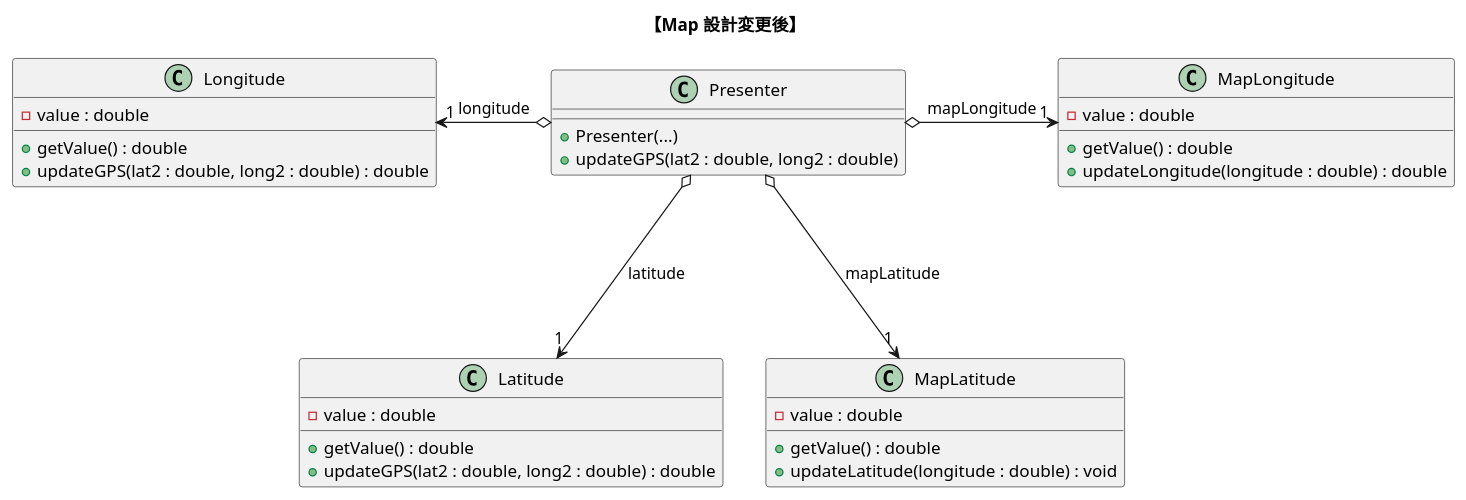
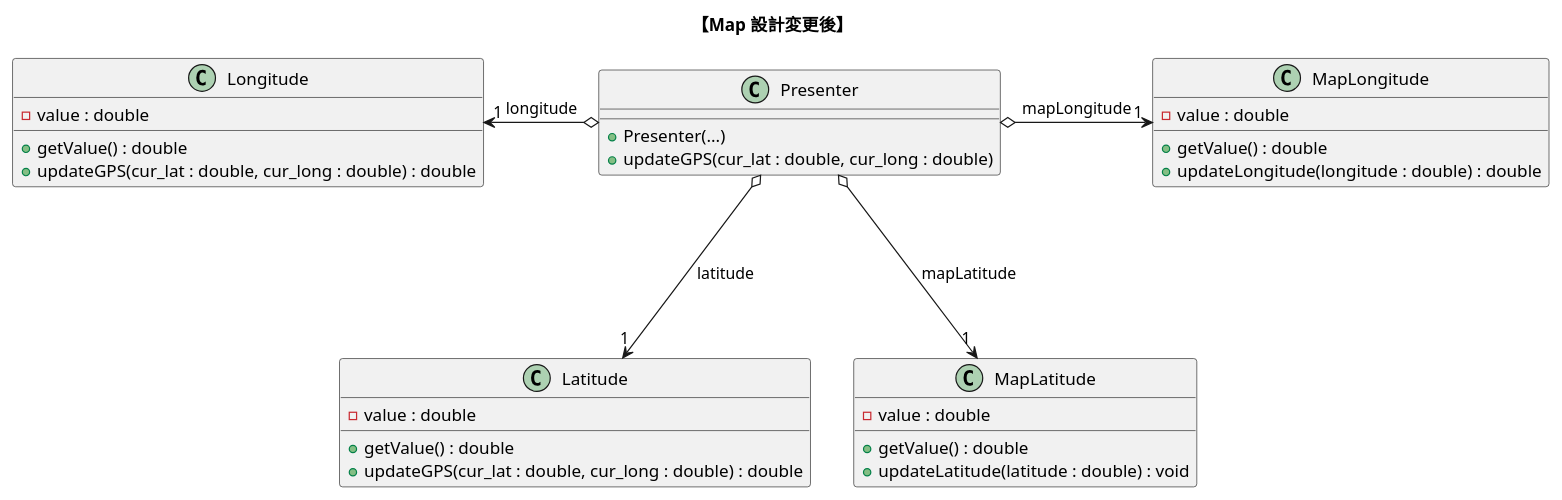
The diagram in puml/classes/map_class_push_CFD.puml (nitta-lab/TwoStagesModelingExperiments), drawn with PlantUML before and after one commit. The commit also changed 3 other files, not shown here.

Commit message:
・図の修正

```diff
--- a/puml/classes/map_class_push_CFD.puml
+++ b/puml/classes/map_class_push_CFD.puml
@@ -1,39 +1,39 @@
 @startuml map_class_push_CFD
 title "【Map 設計変更後】"
 
 class "Longitude"{
     -value : double
     +getValue() : double
-    +updateGPS(lat2 : double, long2 : double) : double
+    +updateGPS(cur_lat : double, cur_long : double) : double
 }
 
 class "Latitude"{
     -value : double
     +getValue() : double
-    +updateGPS(lat2 : double, long2 : double) : double
+    +updateGPS(cur_lat : double, cur_long : double) : double
 }
 
 
 class "MapLongitude"{
     -value : double
     +getValue() : double
     +updateLongitude(longitude : double) : double
 }
 
 class "MapLatitude"{
     -value : double
     +getValue() : double
-    +updateLatitude(longitude : double) : void
+    +updateLatitude(latitude : double) : void
 }
 
 class "Presenter"{
     +Presenter(...)
-    +updateGPS(lat2 : double, long2 : double)
+    +updateGPS(cur_lat : double, cur_long : double)
 }
 
 "Presenter" o--left-> "1" "Longitude" : longitude
 "Presenter" o---> "1" "Latitude" : latitude
 "Presenter" o--right-> "1" "MapLongitude" : mapLongitude
 "Presenter" o---> "1" "MapLatitude" : mapLatitude
 
 @enduml
```
